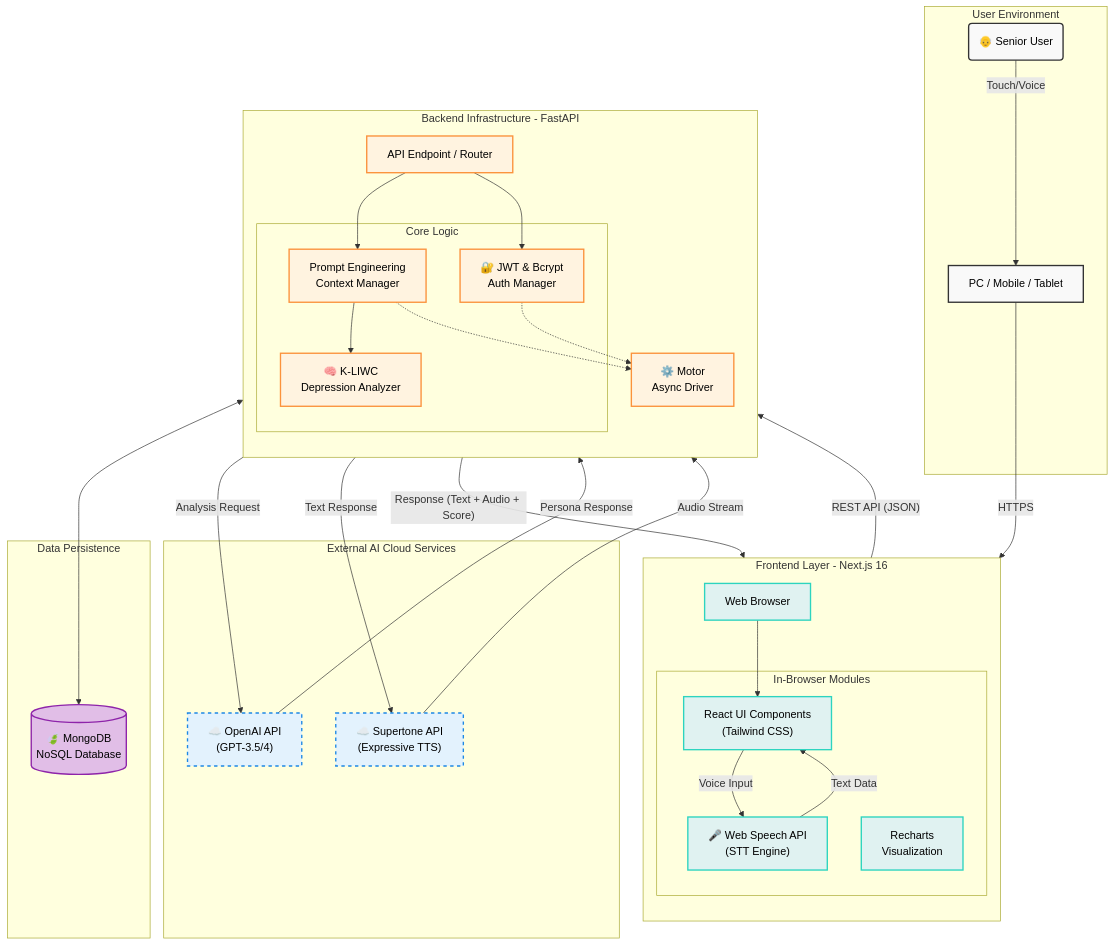
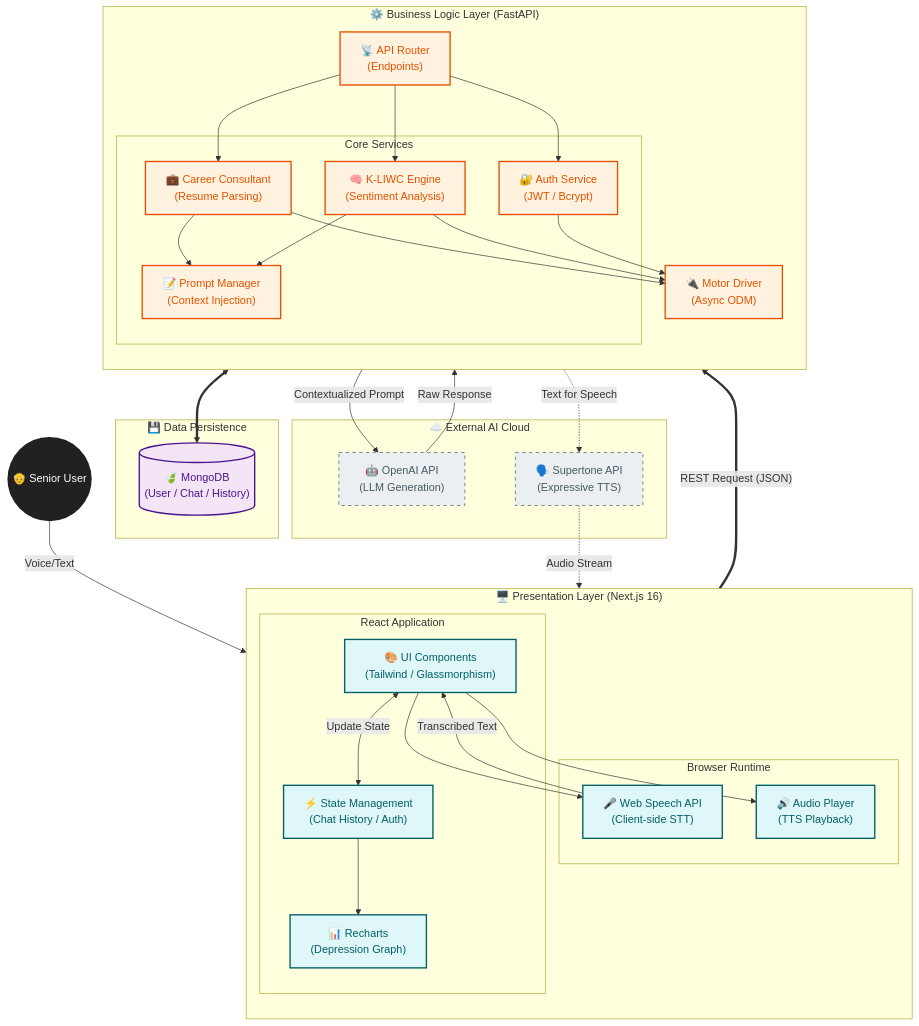
Before and after one commit to Hanshin-OSS-Hub/capstone25-retire-web: the diagram in README.md, drawn with Mermaid.

````diff
--- a/README.md
+++ b/README.md
@@ -95,91 +95,92 @@
 ```mermaid
 graph TD
-%% 스타일 정의
-classDef user fill:#f9f9f9,stroke:#333,stroke-width:2px,color:black;
-classDef frontend fill:#e0f2f1,stroke:#2dd4bf,stroke-width:2px,color:black;
-classDef backend fill:#fff3e0,stroke:#fb923c,stroke-width:2px,color:black;
-classDef database fill:#e1bee7,stroke:#8e24aa,stroke-width:2px,color:black;
-classDef ai fill:#e3f2fd,stroke:#1e88e5,stroke-width:2px,stroke-dasharray: 5 5,color:black;
+    %% ────────────── 스타일 정의 ──────────────
+    classDef user fill:#212121,stroke:#000,stroke-width:0px,color:#fff;
+    classDef fe fill:#e0f7fa,stroke:#006064,stroke-width:2px,color:#006064;
+    classDef be fill:#fff3e0,stroke:#e65100,stroke-width:2px,color:#e65100;
+    classDef db fill:#f3e5f5,stroke:#4a148c,stroke-width:2px,color:#4a148c;
+    classDef ext fill:#eceff1,stroke:#455a64,stroke-width:1px,stroke-dasharray: 5 5,color:#455a64;
+    
+    %% ────────────── 1. 사용자 ──────────────
+    User((👴 Senior User)):::user
 
-%% 1. 사용자 영역
-subgraph User_Zone ["User Environment"]
-    User(👴 Senior User)
-    Device[PC / Mobile / Tablet]
-end
+    %% ────────────── 2. 프론트엔드 (Next.js) ──────────────
+    subgraph Frontend_Layer ["🖥️ Presentation Layer (Next.js 16)"]
+        direction TB
+        
+        subgraph Browser_Runtime ["Browser Runtime"]
+            STT["🎤 Web Speech API<br/>(Client-side STT)"]
+            AudioPlayer["🔊 Audio Player<br/>(TTS Playback)"]
+        end
 
-%% 2. 클라이언트 사이드 (프론트엔드)
-subgraph Client_Side ["Frontend Layer - Next.js 16"]
-    direction TB
-    Browser[Web Browser]
-
-    subgraph Browser_Modules ["In-Browser Modules"]
-        UI["React UI Components<br/>(Tailwind CSS)"]
-        STT["🎤 Web Speech API<br/>(STT Engine)"]
-        Chart["Recharts<br/>Visualization"]
-    end
-end
-
-%% 3. 서버 사이드 (백엔드)
-subgraph Server_Side ["Backend Infrastructure - FastAPI"]
-    direction TB
-    APIGateway[API Endpoint / Router]
-
-    subgraph Logic_Core ["Core Logic"]
-        Auth["🔐 JWT & Bcrypt<br/>Auth Manager"]
-        KLIWC["🧠 K-LIWC<br/>Depression Analyzer"]
-        PromptEng["Prompt Engineering<br/>Context Manager"]
+        subgraph React_App ["React Application"]
+            UI["🎨 UI Components<br/>(Tailwind / Glassmorphism)"]
+            State["⚡ State Management<br/>(Chat History / Auth)"]
+            Chart["📊 Recharts<br/>(Depression Graph)"]
+        end
     end
 
-    Motor["⚙️ Motor<br/>Async Driver"]
-end
+    %% ────────────── 3. 백엔드 (FastAPI) ──────────────
+    subgraph Backend_Layer ["⚙️ Business Logic Layer (FastAPI)"]
+        direction TB
+        API_Gateway["📡 API Router<br/>(Endpoints)"]
 
-%% 4. 데이터베이스
-subgraph Data_Layer ["Data Persistence"]
-    MongoDB[("🍃 MongoDB<br/>NoSQL Database")]
-end
+        subgraph Service_Modules ["Core Services"]
+            Auth_Svc["🔐 Auth Service<br/>(JWT / Bcrypt)"]
+            Anal_Svc["🧠 K-LIWC Engine<br/>(Sentiment Analysis)"]
+            Career_Svc["💼 Career Consultant<br/>(Resume Parsing)"]
+            Prompt_Mgr["📝 Prompt Manager<br/>(Context Injection)"]
+        end
+        
+        DB_Handler["🔌 Motor Driver<br/>(Async ODM)"]
+    end
 
-%% 5. 외부 AI 서비스
-subgraph External_AI ["External AI Cloud Services"]
-    OpenAI["☁️ OpenAI API<br/>(GPT-3.5/4)"]
-    Supertone["☁️ Supertone API<br/>(Expressive TTS)"]
-end
+    %% ────────────── 4. 인프라 및 외부 서비스 ──────────────
+    subgraph Data_Layer ["💾 Data Persistence"]
+        MongoDB[("🍃 MongoDB<br/>(User / Chat / History)")]:::db
+    end
 
-%% 연결 관계 (Flow)
-User -->|Touch/Voice| Device
-Device -->|HTTPS| Browser
+    subgraph External_Services ["☁️ External AI Cloud"]
+        OpenAI["🤖 OpenAI API<br/>(LLM Generation)"]:::ext
+        Supertone["🗣️ Supertone API<br/>(Expressive TTS)"]:::ext
+    end
 
-%% 프론트엔드 내부 흐름
-Browser --> UI
-UI -- "Voice Input" --> STT
-STT -- "Text Data" --> UI
+    %% ────────────── 데이터 흐름 연결 ──────────────
+    %% 사용자 -> 프론트
+    User -->|Voice/Text| UI
+    
+    %% 프론트엔드 내부
+    UI --> STT
+    STT -->|Transcribed Text| UI
+    UI <-->|Update State| State
+    State --> Chart
+    UI --> AudioPlayer
 
-%% 백엔드 통신
-UI -- "REST API (JSON)" --> APIGateway
+    %% 프론트 -> 백엔드
+    UI == "REST Request (JSON)" ==> API_Gateway
 
-%% 백엔드 로직 흐름
-APIGateway --> Auth
-APIGateway --> PromptEng
-PromptEng --> KLIWC
+    %% 백엔드 라우팅
+    API_Gateway --> Auth_Svc
+    API_Gateway --> Anal_Svc
+    API_Gateway --> Career_Svc
 
-%% DB 연결
-Motor <--> MongoDB
-Auth -.-> Motor
-PromptEng -.-> Motor
+    %% 핵심 로직 흐름
+    Anal_Svc --> Prompt_Mgr
+    Career_Svc --> Prompt_Mgr
+    Prompt_Mgr -->|Contextualized Prompt| OpenAI
+    OpenAI -->|Raw Response| Prompt_Mgr
 
-%% 외부 AI 통신
-PromptEng -- "Analysis Request" --> OpenAI
-OpenAI -- "Persona Response" --> PromptEng
+    %% TTS 생성 흐름
+    API_Gateway -.->|Text for Speech| Supertone
+    Supertone -.->|Audio Stream| AudioPlayer
 
-APIGateway -- "Text Response" --> Supertone
-Supertone -- "Audio Stream" --> APIGateway
+    %% 데이터 저장 흐름
+    Auth_Svc --> DB_Handler
+    Anal_Svc --> DB_Handler
+    Career_Svc --> DB_Handler
+    DB_Handler <==> MongoDB
 
-%% 최종 응답
-APIGateway -- "Response (Text + Audio + Score)" --> UI
-
-%% 클래스 적용
-class User,Device user;
-class Browser,UI,STT,Chart frontend;
-class APIGateway,Auth,KLIWC,PromptEng,Motor backend;
-class MongoDB database;
-class OpenAI,Supertone ai;
+    %% 스타일 적용
+    class STT,AudioPlayer,UI,State,Chart fe;
+    class API_Gateway,Auth_Svc,Anal_Svc,Career_Svc,Prompt_Mgr,DB_Handler be;
 ```
````
